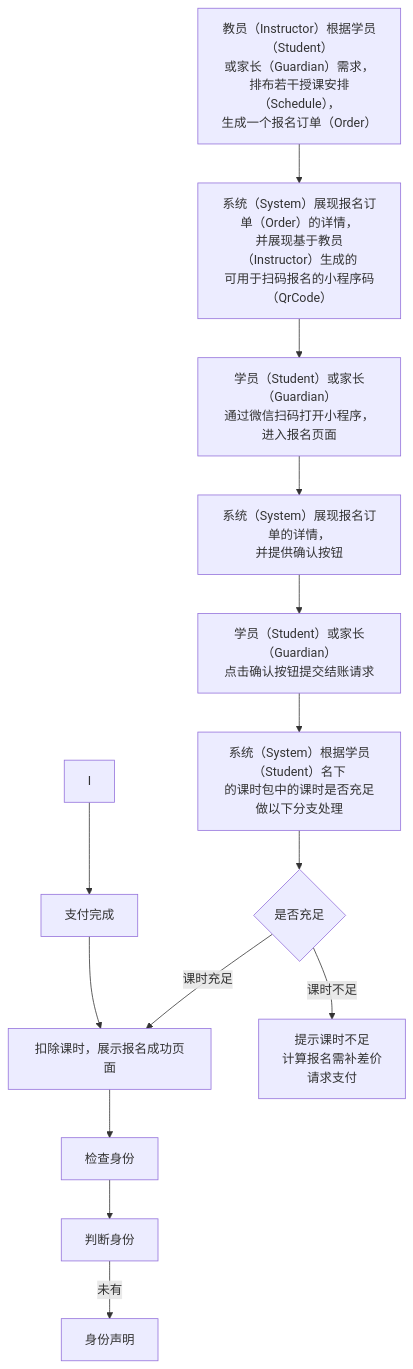
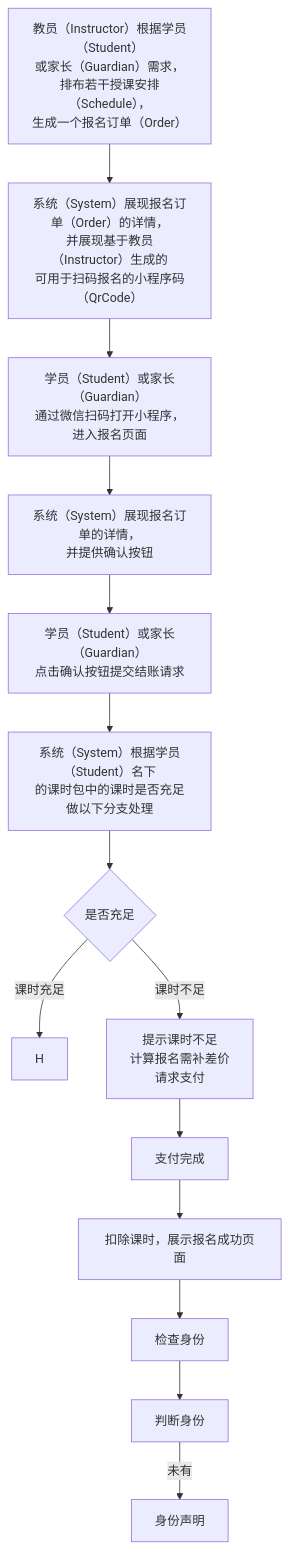
Before and after one commit to world-wide-web/sign: the diagram in 用例/报名.md, drawn with Mermaid. The commit also changed other lines of this file, not shown here.

Commit message:
用例/报名.md updated from https://stackedit.io/

````diff
--- a/用例/报名.md
+++ b/用例/报名.md
@@ -8,37 +8,37 @@
 ```mermaid
 graph TD
 
 生成报名订单-->生成报名码
 生成报名码-->扫码报名
 扫码报名-->展现报名订单
 展现报名订单-->确认并提交结账请求
 确认并提交结账请求-->检查课时数量
 检查课时数量-->判断课时数量
 判断课时数量--课时充足-->H
 判断课时数量--课时不足-->请求支付
-I-->支付完成
-支付完成-->H
-H-->检查身份
+请求支付-->支付完成
+支付完成-->报名成功
+报名成功-->检查身份
 检查身份-->判断身份
 判断身份--未有-->身份声明
 
 生成报名订单["<center>教员（Instructor）根据学员（Student）<br>或家长（Guardian）需求，<br>排布若干授课安排（Schedule），<br>生成一个报名订单（Order）</center>"]
 
 生成报名码["<center>系统（System）展现报名订单（Order）的详情，<br>并展现基于教员（Instructor）生成的<br>可用于扫码报名的小程序码（QrCode）</center>"]
 
 扫码报名["<center>学员（Student）或家长（Guardian）<br>通过微信扫码打开小程序，进入报名页面</center>"]
 
 展现报名订单["<center>系统（System）展现报名订单的详情，<br>并提供确认按钮</center>"]
 
 确认并提交结账请求["<center>学员（Student）或家长（Guardian）<br>点击确认按钮提交结账请求</center>"]
 
 检查课时数量["<center>系统（System）根据学员（Student）名下<br>的课时包中的课时是否充足做以下分支处理</center>"]
 
 判断课时数量{"<center>是否充足</center>"}
 
 请求支付["<center>提示课时不足<br>计算报名需补差价<br>请求支付</center>"]
 
 支付完成["<center>支付完成</center>"]
 
-H["<center>扣除课时，展示报名成功页面</center>"]
+报名成功["<center>扣除课时，展示报名成功页面</center>"]
 ```
````
